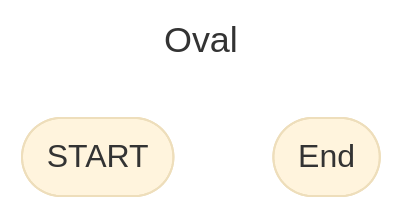
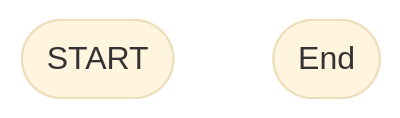
Before and after one commit to AhmedOsman101/Obsidian: the first of 15 diagrams in src/College/yearOne/secondTerm/C-Essentials/Lectures/LectureOne.md, drawn with Mermaid (base theme). The commit also changed other lines of this file and 11 other files, not shown here.

````diff
--- a/src/College/yearOne/secondTerm/C-Essentials/Lectures/LectureOne.md
+++ b/src/College/yearOne/secondTerm/C-Essentials/Lectures/LectureOne.md
@@ -156,9 +155,6 @@
 ```mermaid
----
-title: Oval
----
 flowchart TD
     Start([START])
     End([End])
 
 ```
````
